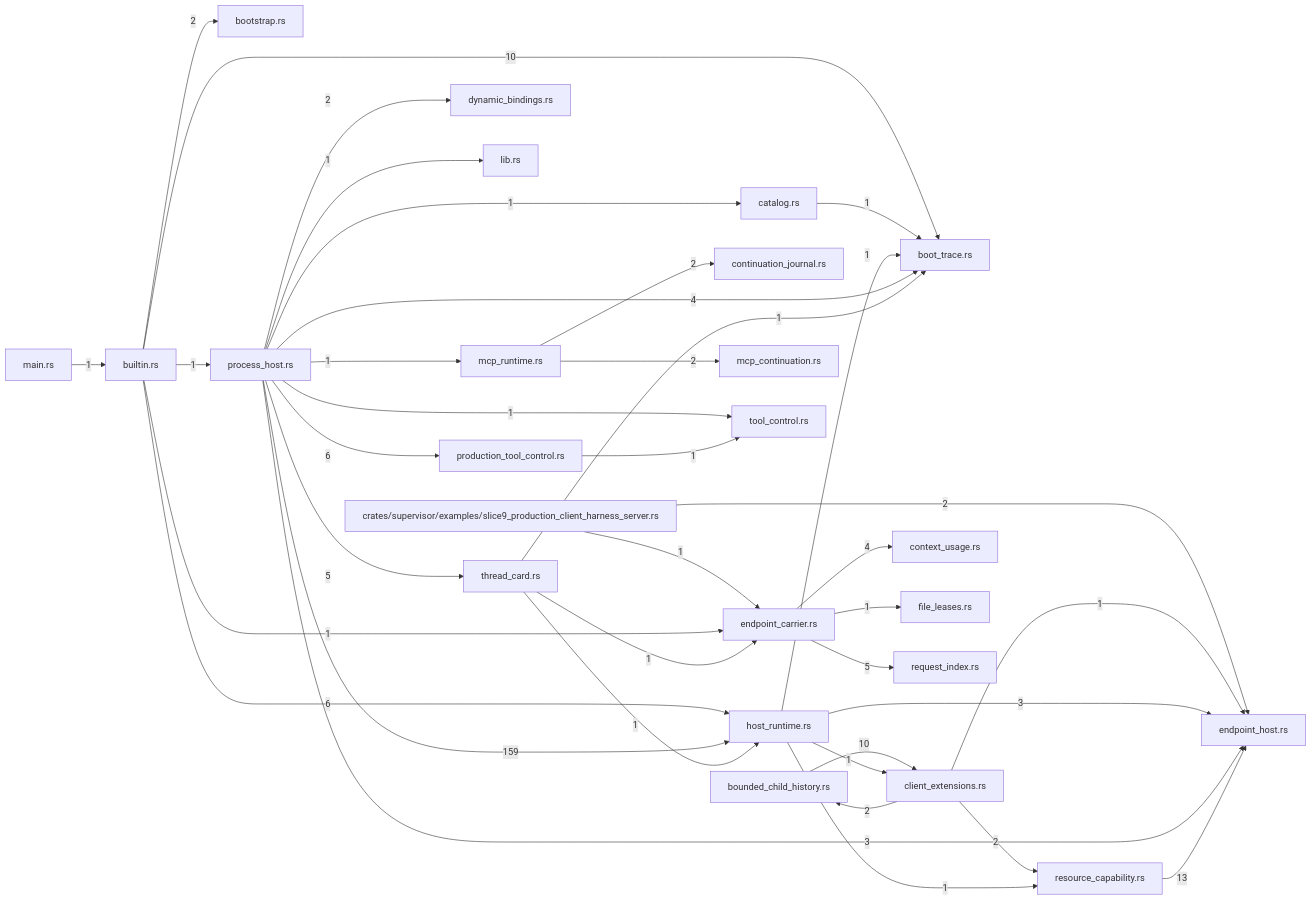
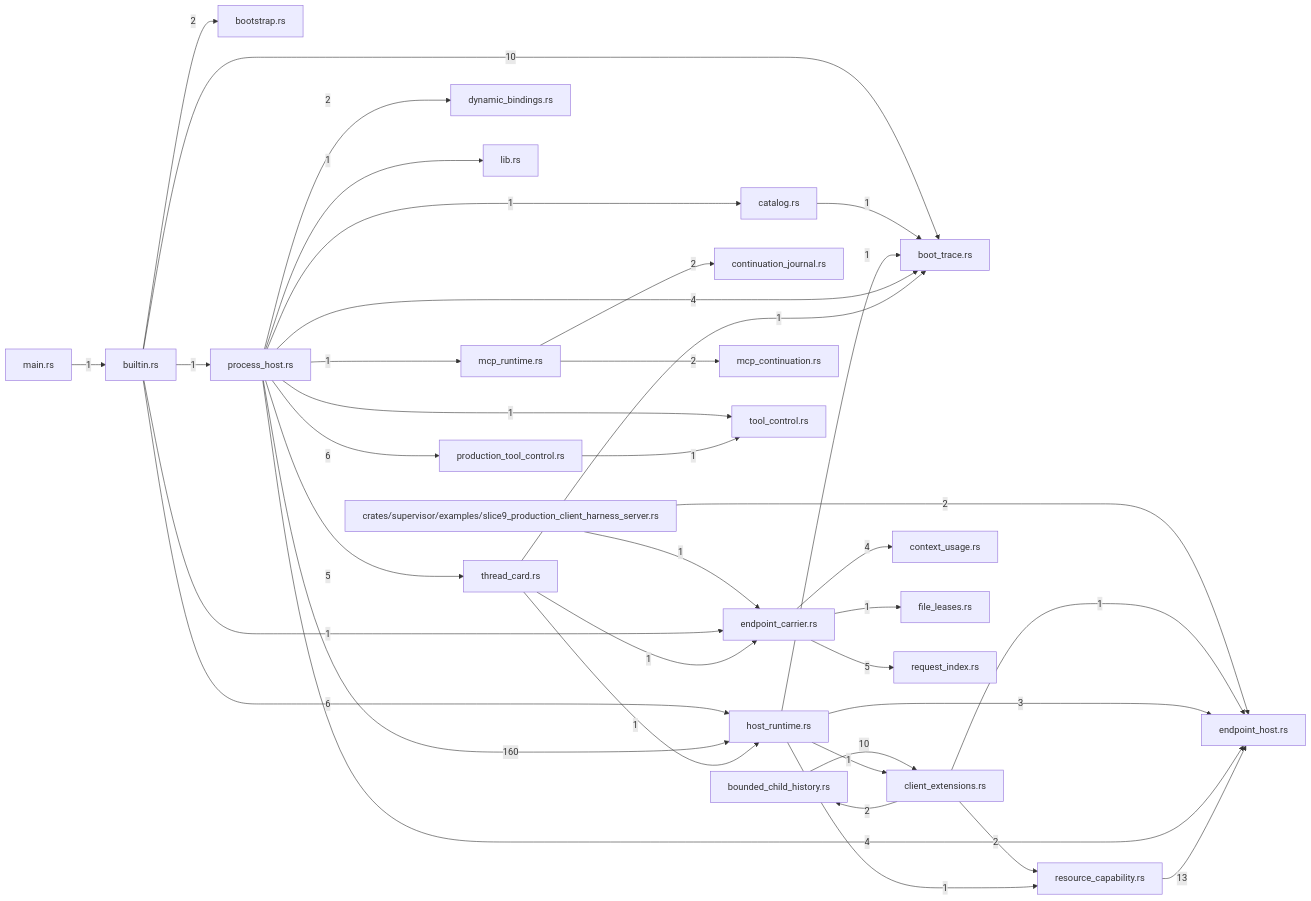
One commit to TekesApps/TekesKernel changed the diagram in crates/supervisor/docs/generated/index.md. Above: the diagram before and after it, drawn with Mermaid. The commit also changed other lines of this file and 56 other files, not shown here.

````diff
--- a/crates/supervisor/docs/generated/index.md
+++ b/crates/supervisor/docs/generated/index.md
@@ -97,64 +97,64 @@
 ```mermaid
 flowchart LR
   m0["crates/supervisor/examples/slice9_production_client_harness_server.rs"]
   m1["boot_trace.rs"]
   m2["bootstrap.rs"]
   m3["bounded_child_history.rs"]
   m4["builtin.rs"]
   m5["catalog.rs"]
   m6["client_extensions.rs"]
   m7["context_usage.rs"]
   m8["continuation_journal.rs"]
   m9["dynamic_bindings.rs"]
   m10["endpoint_carrier.rs"]
   m11["endpoint_host.rs"]
   m12["file_leases.rs"]
   m13["host_runtime.rs"]
   m14["lib.rs"]
   m15["main.rs"]
   m16["mcp_continuation.rs"]
   m17["mcp_runtime.rs"]
   m18["process_host.rs"]
   m19["production_tool_control.rs"]
   m20["request_index.rs"]
   m21["resource_capability.rs"]
   m22["thread_card.rs"]
   m23["tool_control.rs"]
   m0 -->|"1"| m10
   m0 -->|"2"| m11
   m3 -->|"10"| m6
   m4 -->|"10"| m1
   m4 -->|"2"| m2
   m4 -->|"1"| m10
   m4 -->|"6"| m13
   m4 -->|"1"| m18
   m5 -->|"1"| m1
   m6 -->|"2"| m3
   m6 -->|"1"| m11
   m6 -->|"2"| m21
   m10 -->|"4"| m7
   m10 -->|"1"| m12
   m10 -->|"5"| m20
   m13 -->|"1"| m1
   m13 -->|"1"| m6
   m13 -->|"3"| m11
   m13 -->|"1"| m21
   m15 -->|"1"| m4
   m17 -->|"2"| m8
   m17 -->|"2"| m16
   m18 -->|"4"| m1
   m18 -->|"1"| m5
   m18 -->|"2"| m9
-  m18 -->|"3"| m11
-  m18 -->|"159"| m13
+  m18 -->|"4"| m11
+  m18 -->|"160"| m13
   m18 -->|"1"| m14
   m18 -->|"1"| m17
   m18 -->|"6"| m19
   m18 -->|"5"| m22
   m18 -->|"1"| m23
   m19 -->|"1"| m23
   m21 -->|"13"| m11
   m22 -->|"1"| m1
   m22 -->|"1"| m10
   m22 -->|"1"| m13
 ```
````
